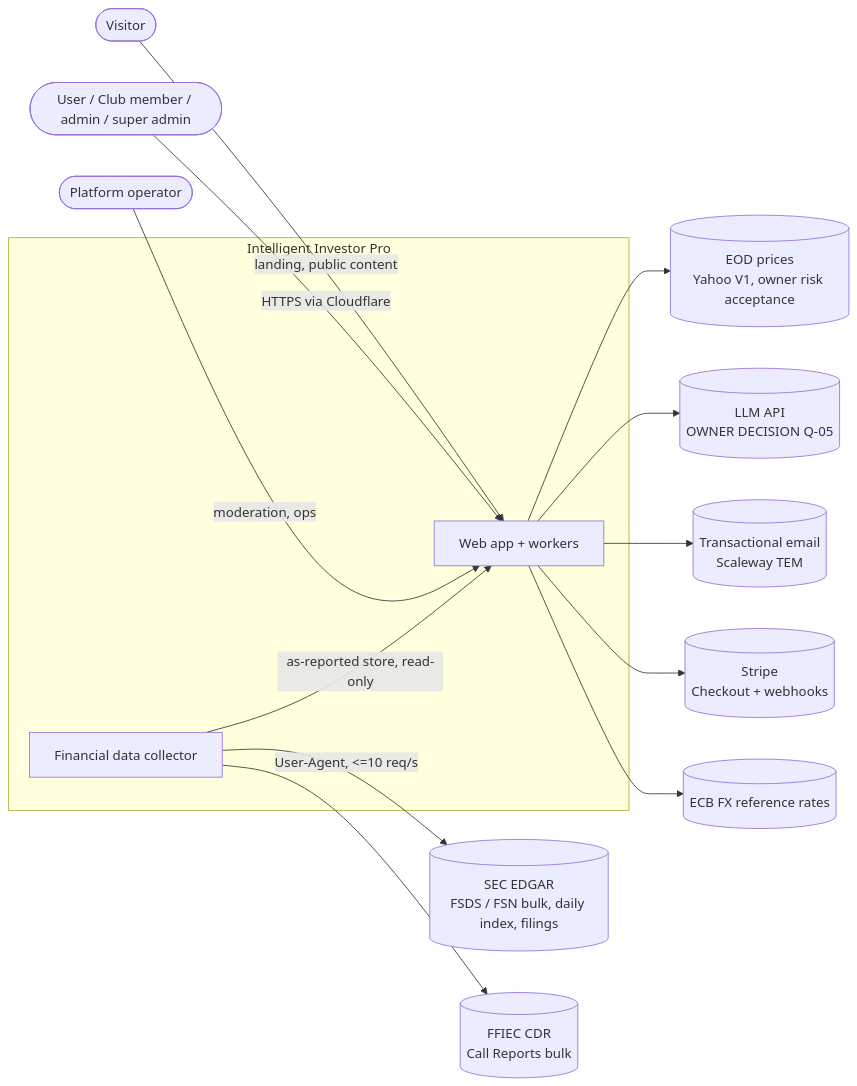
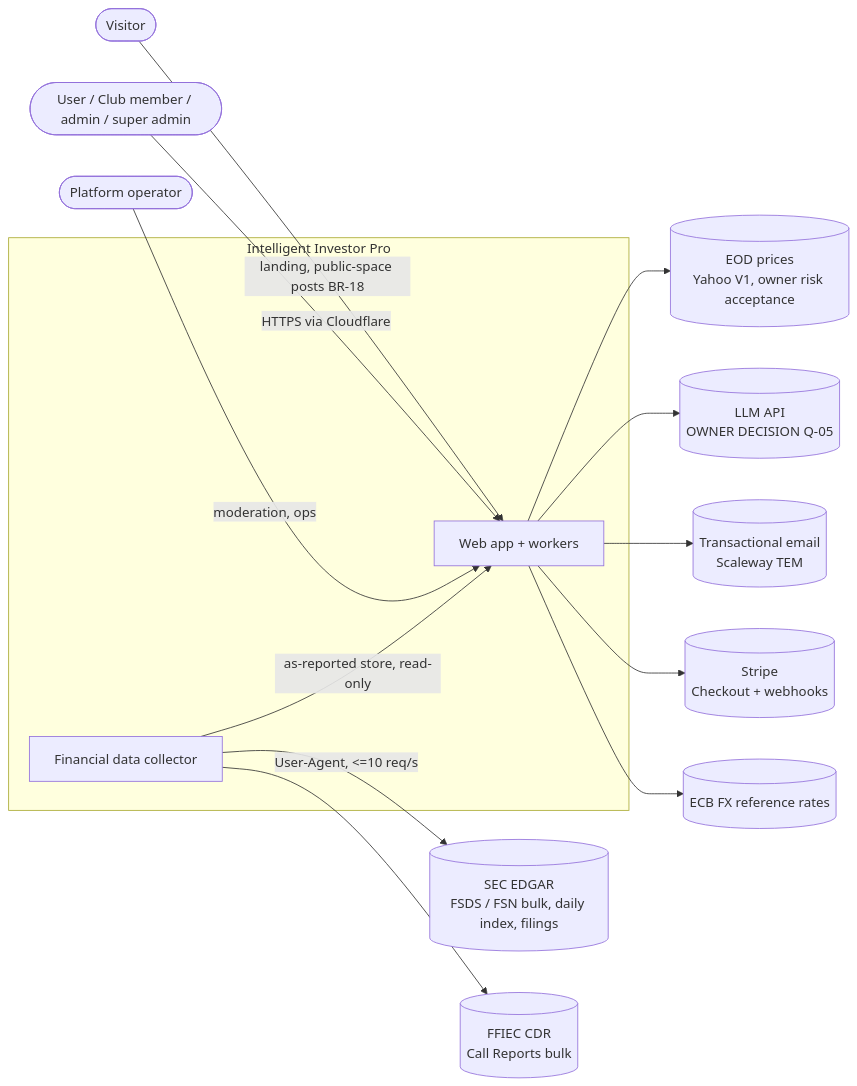
Before and after one commit to dsastriques/intelligent_investor_social: the first of 2 diagrams in docs/architecture/00-overview.md, drawn with Mermaid. The commit also changed other lines of this file and 13 other files, not shown here.

First line of the commit message:
docs(architecture): system design v0.4 - owner answers on identity, posts, clubs, repos, LLM

````diff
--- a/docs/architecture/00-overview.md
+++ b/docs/architecture/00-overview.md
@@ -76,28 +87,28 @@
 ```mermaid
 flowchart LR
   visitor([Visitor])
   user([User / Club member / admin / super admin])
   operator([Platform operator])
   subgraph IIP[Intelligent Investor Pro]
     app[Web app + workers]
     fdc[Financial data collector]
   end
   sec[(SEC EDGAR<br/>FSDS / FSN bulk, daily index, filings)]
   ffiec[(FFIEC CDR<br/>Call Reports bulk)]
   price[(EOD prices<br/>Yahoo V1, owner risk acceptance)]
   llm[(LLM API<br/>OWNER DECISION Q-05)]
   mail[(Transactional email<br/>Scaleway TEM)]
   pay[(Stripe<br/>Checkout + webhooks)]
   fx[(ECB FX reference rates)]
-  visitor -->|landing, public content| app
+  visitor -->|landing, public-space posts BR-18| app
   user -->|HTTPS via Cloudflare| app
   operator -->|moderation, ops| app
   fdc -->|User-Agent, <=10 req/s| sec
   fdc --> ffiec
   app --> price
   app --> llm
   app --> mail
   app --> pay
   app --> fx
   fdc -->|as-reported store, read-only| app
 ```
````
